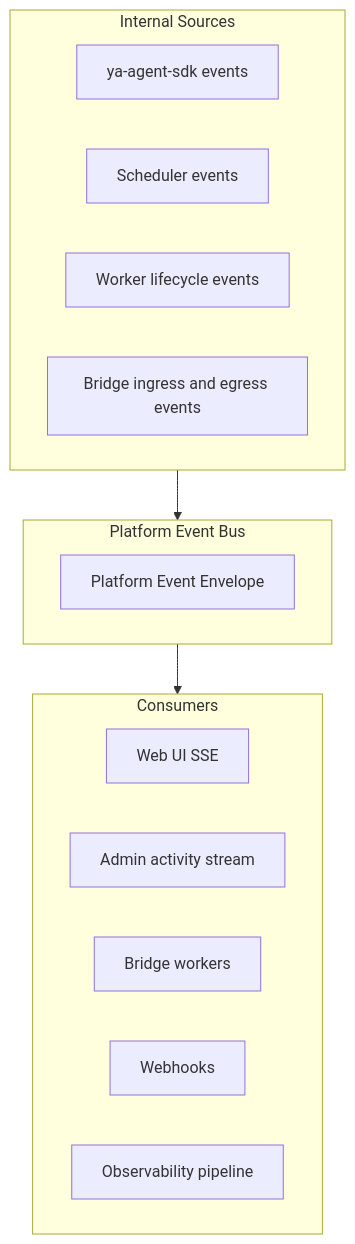
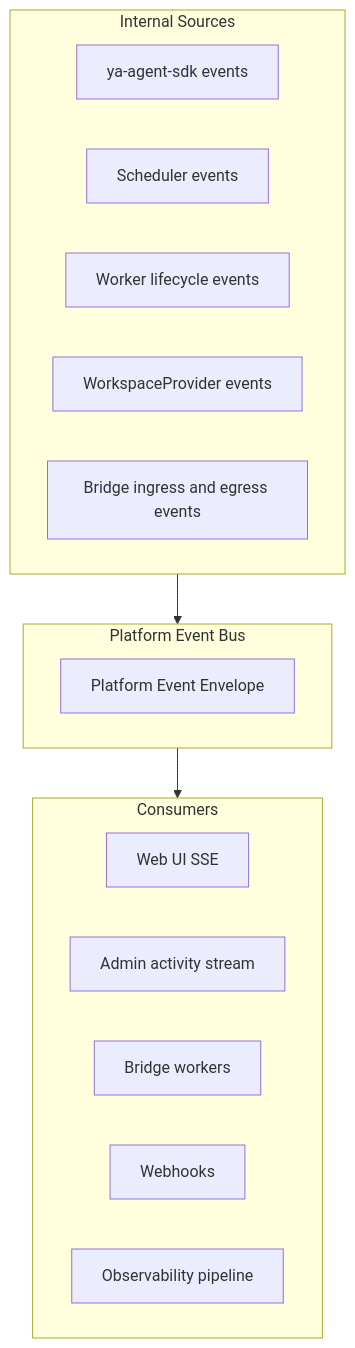
One commit to Wh1isper/ya-mono changed the diagram in packages/ya-agent-platform/spec/006-events-streaming-and-notifications.md. Above: the diagram before and after it, drawn with Mermaid. The commit also changed other lines of this file and 24 other files, not shown here.

````diff
--- a/packages/ya-agent-platform/spec/006-events-streaming-and-notifications.md
+++ b/packages/ya-agent-platform/spec/006-events-streaming-and-notifications.md
@@ -16,23 +16,24 @@
 ```mermaid
 flowchart TB
     subgraph Internal[Internal Sources]
         SDK[ya-agent-sdk events]
         SCHED[Scheduler events]
         WORKER[Worker lifecycle events]
+        PROVIDER[WorkspaceProvider events]
         BRIDGE[Bridge ingress and egress events]
     end
 
     subgraph Normalize[Platform Event Bus]
         ENV[Platform Event Envelope]
     end
 
     subgraph Consumers[Consumers]
         WEB[Web UI SSE]
         ADMIN[Admin activity stream]
         BGW[Bridge workers]
         HOOK[Webhooks]
         OBS[Observability pipeline]
     end
 
     Internal --> Normalize --> Consumers
 ```
````
